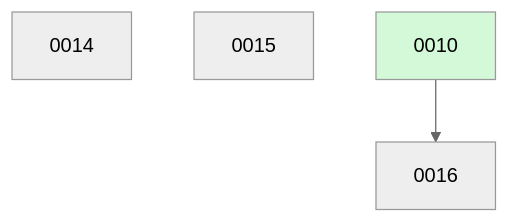
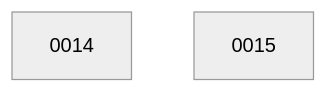
The diagram in docs/changes/BOARD.md (ethanhinson/llm-research-agent), drawn with Mermaid (neutral theme) before and after one commit. The commit also changed other lines of this file, not shown here.

````diff
--- a/docs/changes/BOARD.md
+++ b/docs/changes/BOARD.md
@@ -18,8 +12,5 @@
 ```mermaid
 graph TD
   0014
   0015
-  0010 --> 0016
-  0010:::done
-  classDef done fill:#d3f9d8;
 ```
````
